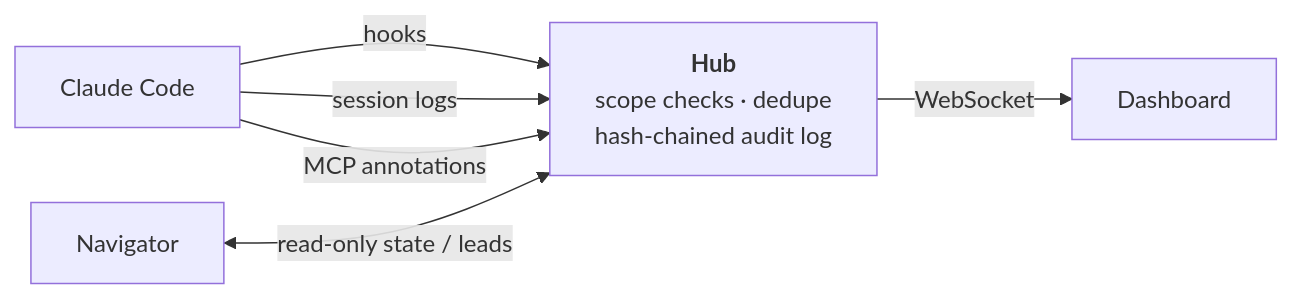
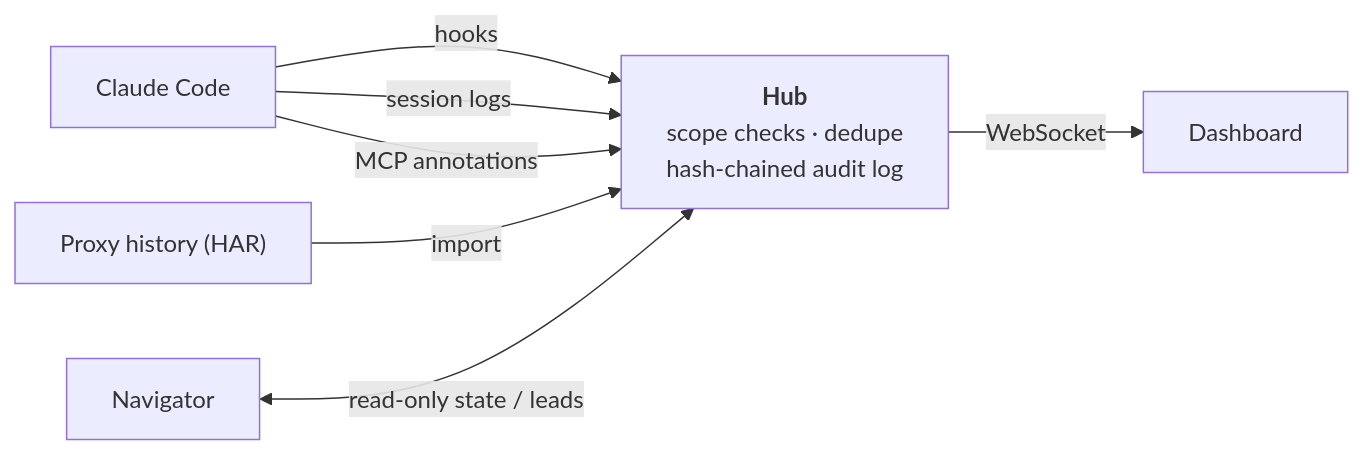
Before and after one commit to joshmaster2165/spectra: the second of 2 diagrams in README.md, drawn with Mermaid. The commit also changed other lines of this file and 15 other files, not shown here.

First line of the commit message:
Import proxy history (HAR) onto the attack-surface map

````diff
--- a/README.md
+++ b/README.md
@@ -164,8 +178,9 @@
 ```mermaid
 flowchart LR
     CC["Claude Code"] -- "hooks" --> H
     CC -- "session logs" --> H
     CC -- "MCP annotations" --> H
+    PX["Proxy history (HAR)"] -- "import" --> H
     NAV["Navigator"] <-- "read-only state / leads" --> H
     H["<b>Hub</b><br/>scope checks · dedupe<br/>hash-chained audit log"] -- "WebSocket" --> UI["Dashboard"]
 ```
````
